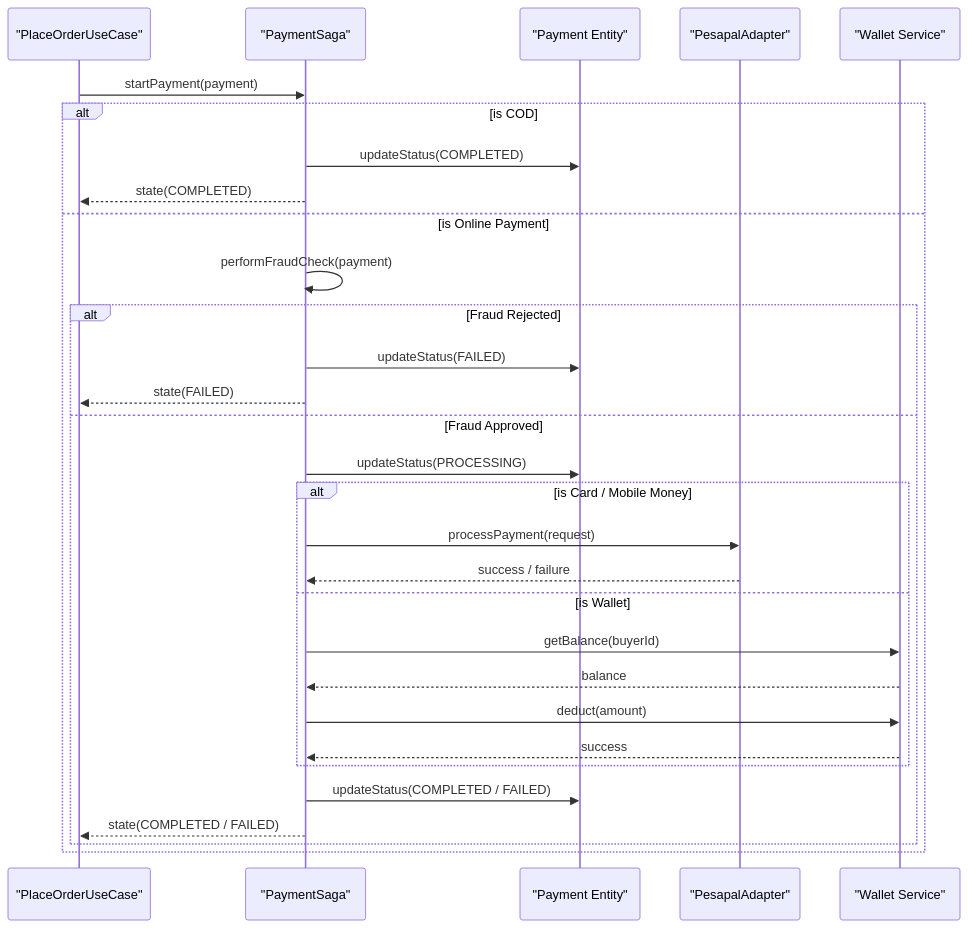
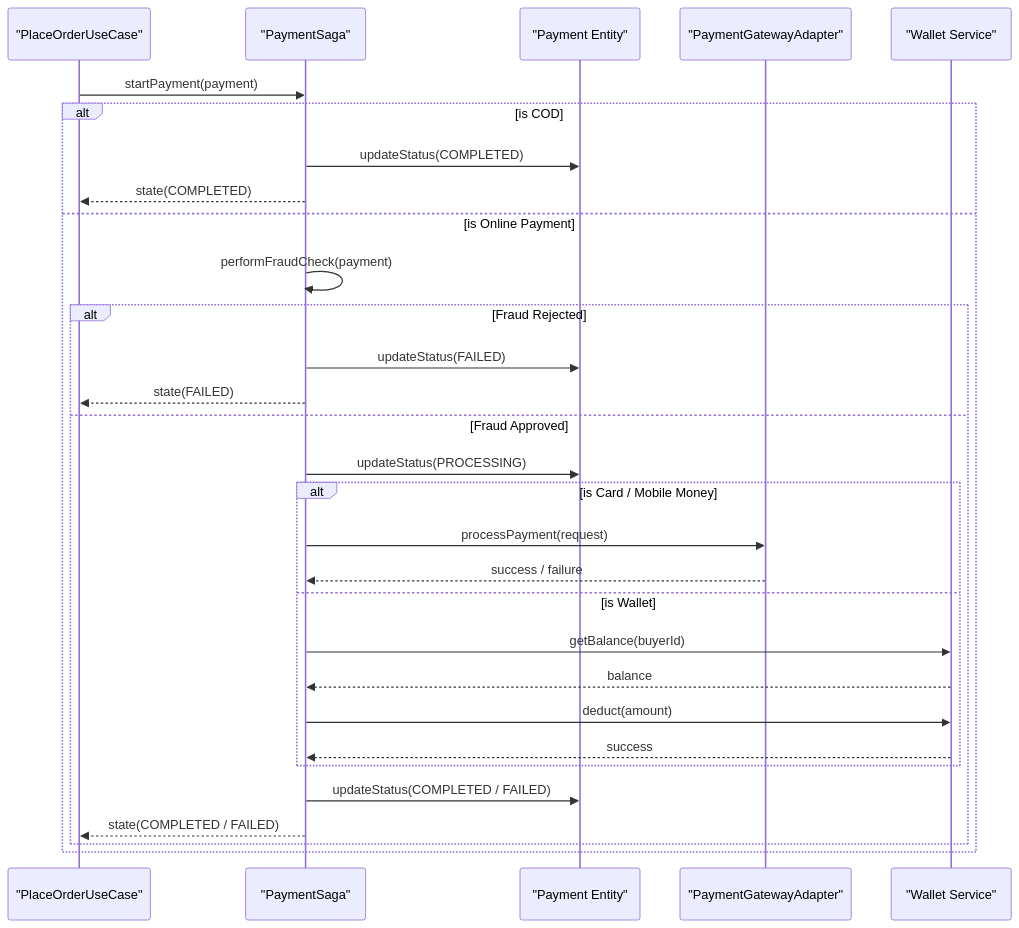
The diagram in services/order-service/docs/modeling/sequence/payment-saga.mmd (maysar-014/maysar-express-backend), drawn with Mermaid before and after one commit. The commit also changed 158 other files, not shown here.

```diff
--- a/services/order-service/docs/modeling/sequence/payment-saga.mmd
+++ b/services/order-service/docs/modeling/sequence/payment-saga.mmd
@@ -1,35 +1,35 @@
 sequenceDiagram
     participant UC as "PlaceOrderUseCase"
     participant SAGA as "PaymentSaga"
     participant ENTITY as "Payment Entity"
-    participant PESA as "PesapalAdapter"
+    participant PESA as "PaymentGatewayAdapter"
     participant WALLET as "Wallet Service"
 
     UC->>SAGA: startPayment(payment)
     
     alt is COD
         SAGA->>ENTITY: updateStatus(COMPLETED)
         SAGA-->>UC: state(COMPLETED)
     else is Online Payment
         SAGA->>SAGA: performFraudCheck(payment)
         
         alt Fraud Rejected
             SAGA->>ENTITY: updateStatus(FAILED)
             SAGA-->>UC: state(FAILED)
         else Fraud Approved
             SAGA->>ENTITY: updateStatus(PROCESSING)
             
             alt is Card / Mobile Money
                 SAGA->>PESA: processPayment(request)
                 PESA-->>SAGA: success / failure
             else is Wallet
                 SAGA->>WALLET: getBalance(buyerId)
                 WALLET-->>SAGA: balance
                 SAGA->>WALLET: deduct(amount)
                 WALLET-->>SAGA: success
             end
             
             SAGA->>ENTITY: updateStatus(COMPLETED / FAILED)
             SAGA-->>UC: state(COMPLETED / FAILED)
         end
     end
```
